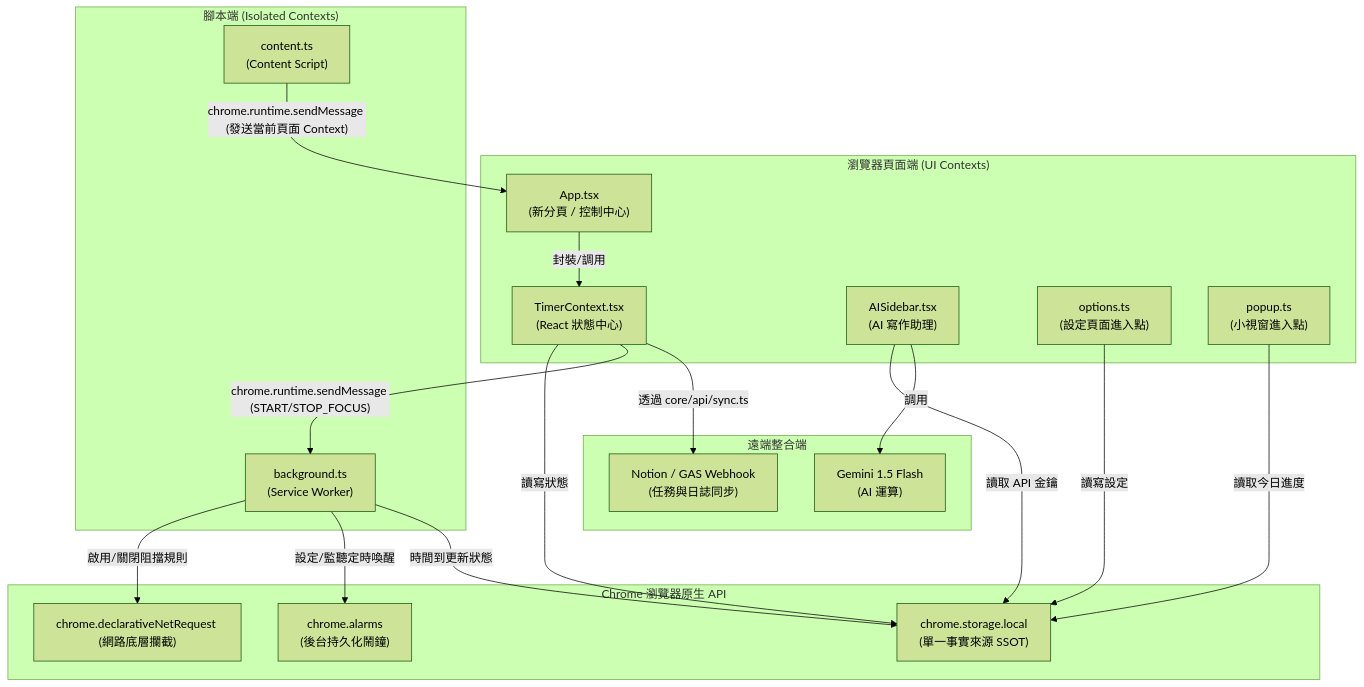
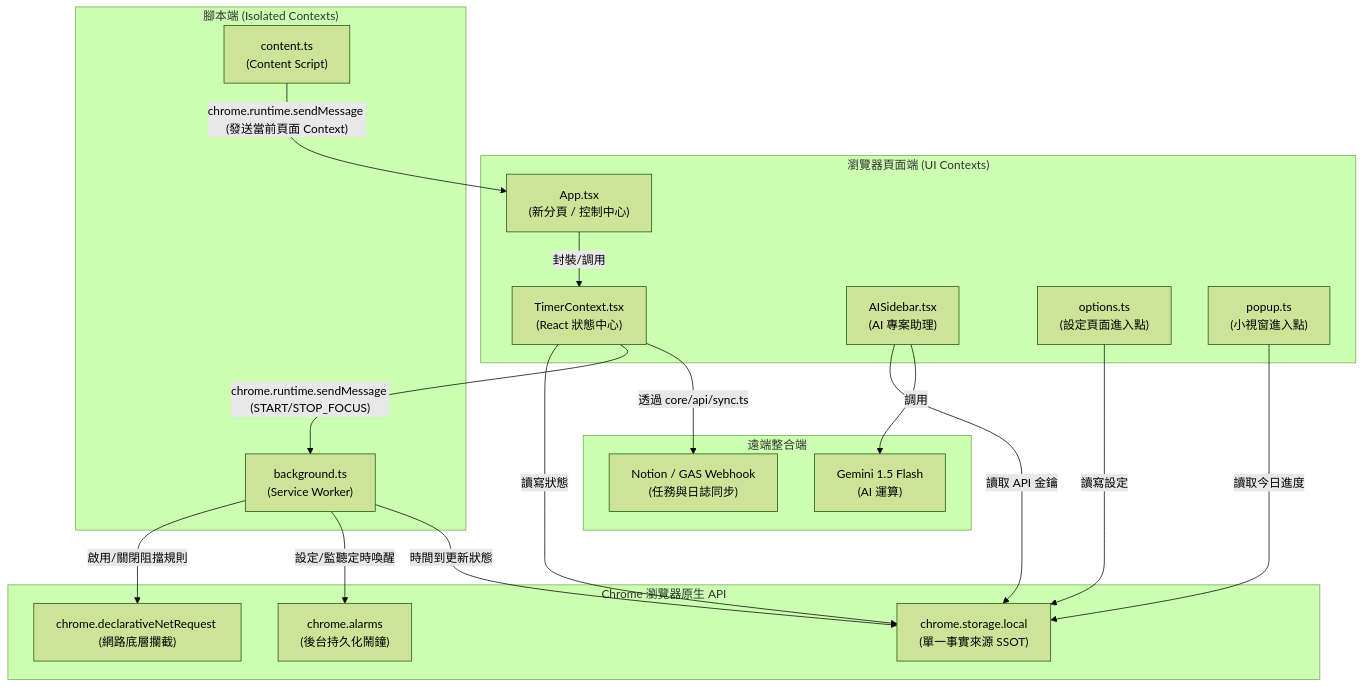
Before and after one commit to lmyBTC/chrome-plus-: the fourth of 4 diagrams in chrome_scrumclock/docs/workflow-flowchart.md, drawn with Mermaid (forest theme). The commit also changed other lines of this file and 5 other files, not shown here.

````diff
--- a/chrome_scrumclock/docs/workflow-flowchart.md
+++ b/chrome_scrumclock/docs/workflow-flowchart.md
@@ -278,47 +278,47 @@
 ```mermaid
 graph TD
     %% 定義節點
     subgraph UI_Contexts ["瀏覽器頁面端 (UI Contexts)"]
         App["App.tsx <br/>(新分頁 / 控制中心)"]
         TimerCtx["TimerContext.tsx <br/>(React 狀態中心)"]
-        AISidebar["AISidebar.tsx <br/>(AI 寫作助理)"]
+        AISidebar["AISidebar.tsx <br/>(AI 專案助理)"]
         OptionsTS["options.ts <br/>(設定頁面進入點)"]
         PopupTS["popup.ts <br/>(小視窗進入點)"]
     end
 
     subgraph Scripts ["腳本端 (Isolated Contexts)"]
         ContentTS["content.ts <br/>(Content Script)"]
         BGTS["background.ts <br/>(Service Worker)"]
     end
 
     subgraph NativeAPI ["Chrome 瀏覽器原生 API"]
         Storage["chrome.storage.local <br/>(單一事實來源 SSOT)"]
         DNR["chrome.declarativeNetRequest <br/>(網路底層攔截)"]
         Alarms["chrome.alarms <br/>(後台持久化鬧鐘)"]
     end
 
     subgraph Remote ["遠端整合端"]
         GeminiAPI["Gemini 1.5 Flash <br/>(AI 運算)"]
         NotionGAS["Notion / GAS Webhook <br/>(任務與日誌同步)"]
     end
 
     %% 通信與依賴關係
     App -->|封裝/調用| TimerCtx
     TimerCtx -->|讀寫狀態| Storage
     OptionsTS -->|讀寫設定| Storage
     PopupTS -->|讀取今日進度| Storage
     AISidebar -->|讀取 API 金鑰| Storage
 
     %% 訊息傳遞
     TimerCtx -->|"chrome.runtime.sendMessage <br/>(START/STOP_FOCUS)"| BGTS
     ContentTS -->|"chrome.runtime.sendMessage <br/>(發送當前頁面 Context)"| App
 
     %% 背景程式運作
     BGTS -->|啟用/關閉阻擋規則| DNR
     BGTS -->|設定/監聽定時喚醒| Alarms
     BGTS -->|時間到更新狀態| Storage
 
     %% API 呼叫
     AISidebar -->|調用| GeminiAPI
     TimerCtx -->|透過 core/api/sync.ts| NotionGAS
 ```
````
